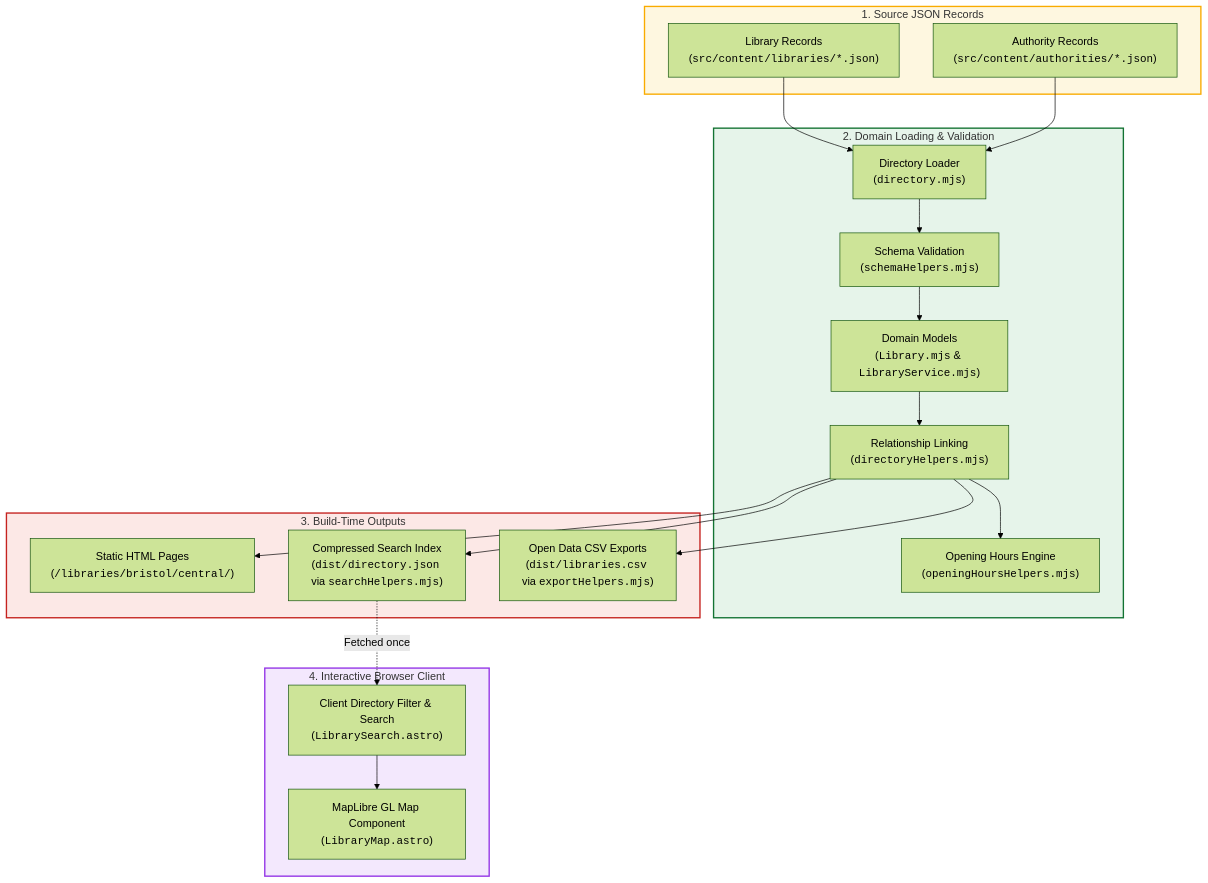
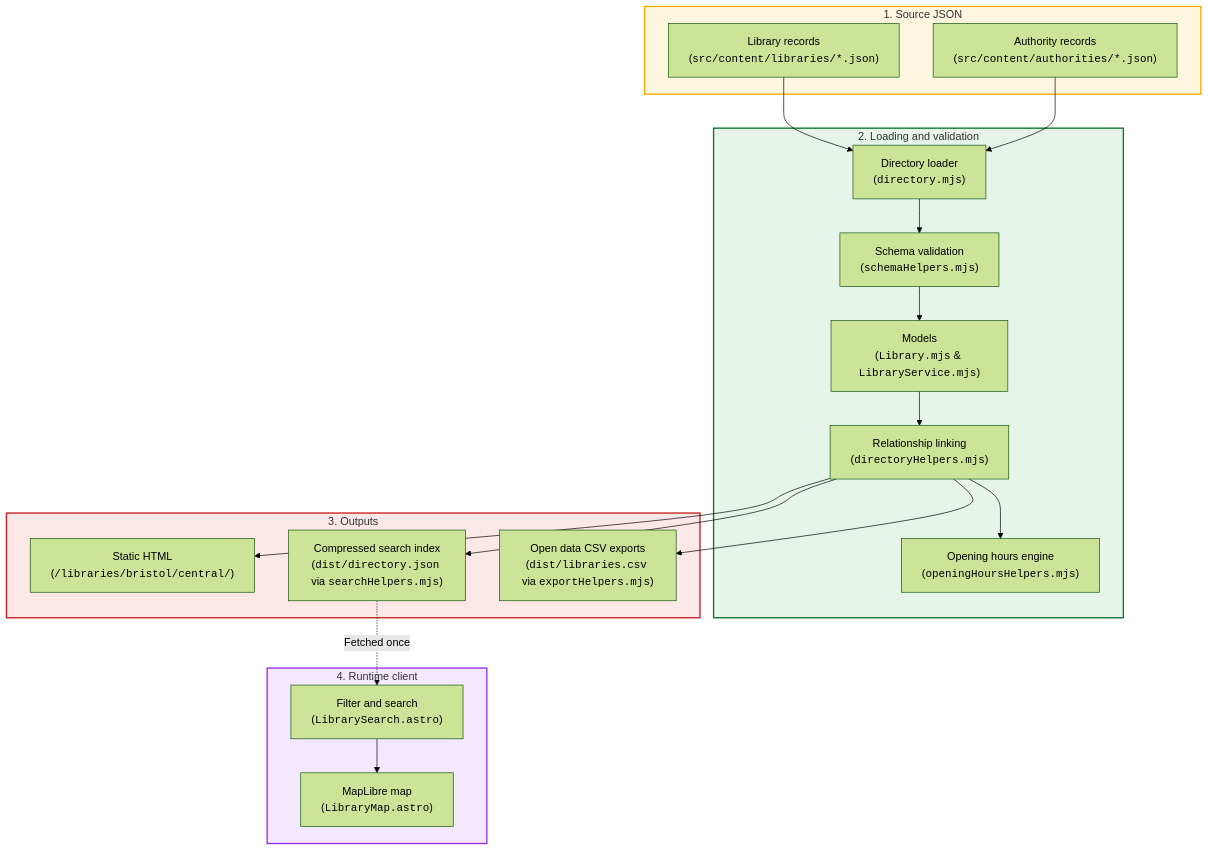
Before and after one commit to LibrariesHacked/libraryon-commons: the second of 2 diagrams in docs/content-pipeline.md, drawn with Mermaid (forest theme). The commit also changed other lines of this file and 14 other files, not shown here.

Commit message:
Markdown changes to both docs and site content pages

````diff
--- a/docs/content-pipeline.md
+++ b/docs/content-pipeline.md
@@ -102,45 +98,45 @@
 ```mermaid
 flowchart TD
-    subgraph DATA ["1. Source JSON Records"]
-        LIBS["Library Records<br/>(<code>src/content/libraries/*.json</code>)"]
-        AUTHS["Authority Records<br/>(<code>src/content/authorities/*.json</code>)"]
+    subgraph DATA ["1. Source JSON"]
+        LIBS["Library records<br/>(<code>src/content/libraries/*.json</code>)"]
+        AUTHS["Authority records<br/>(<code>src/content/authorities/*.json</code>)"]
     end
 
-    subgraph VALIDATE ["2. Domain Loading & Validation"]
-        LOADER["Directory Loader<br/>(<code>directory.mjs</code>)"]
-        SCHEMA["Schema Validation<br/>(<code>schemaHelpers.mjs</code>)"]
-        MODELS["Domain Models<br/>(<code>Library.mjs</code> & <code>LibraryService.mjs</code>)"]
-        GRAPH["Relationship Linking<br/>(<code>directoryHelpers.mjs</code>)"]
-        HOURS["Opening Hours Engine<br/>(<code>openingHoursHelpers.mjs</code>)"]
+    subgraph VALIDATE ["2. Loading and validation"]
+        LOADER["Directory loader<br/>(<code>directory.mjs</code>)"]
+        SCHEMA["Schema validation<br/>(<code>schemaHelpers.mjs</code>)"]
+        MODELS["Models<br/>(<code>Library.mjs</code> & <code>LibraryService.mjs</code>)"]
+        GRAPH["Relationship linking<br/>(<code>directoryHelpers.mjs</code>)"]
+        HOURS["Opening hours engine<br/>(<code>openingHoursHelpers.mjs</code>)"]
 
         LIBS --> LOADER
         AUTHS --> LOADER
         LOADER --> SCHEMA
         SCHEMA --> MODELS
         MODELS --> GRAPH
         GRAPH --> HOURS
     end
 
-    subgraph OUTPUTS ["3. Build-Time Outputs"]
-        PAGES["Static HTML Pages<br/>(<code>/libraries/bristol/central/</code>)"]
-        SEARCH_INDEX["Compressed Search Index<br/>(<code>dist/directory.json</code> via <code>searchHelpers.mjs</code>)"]
-        CSVS["Open Data CSV Exports<br/>(<code>dist/libraries.csv</code> via <code>exportHelpers.mjs</code>)"]
+    subgraph OUTPUTS ["3. Outputs"]
+        PAGES["Static HTML<br/>(<code>/libraries/bristol/central/</code>)"]
+        SEARCH_INDEX["Compressed search index<br/>(<code>dist/directory.json</code> via <code>searchHelpers.mjs</code>)"]
+        CSVS["Open data CSV exports<br/>(<code>dist/libraries.csv</code> via <code>exportHelpers.mjs</code>)"]
 
         GRAPH --> PAGES
         GRAPH --> SEARCH_INDEX
         GRAPH --> CSVS
     end
 
-    subgraph RUNTIME ["4. Interactive Browser Client"]
-        MAP["MapLibre GL Map Component<br/>(<code>LibraryMap.astro</code>)"]
-        FILTER["Client Directory Filter & Search<br/>(<code>LibrarySearch.astro</code>)"]
+    subgraph RUNTIME ["4. Runtime client"]
+        MAP["MapLibre map<br/>(<code>LibraryMap.astro</code>)"]
+        FILTER["Filter and search<br/>(<code>LibrarySearch.astro</code>)"]
 
         SEARCH_INDEX -.->|Fetched once| FILTER
         FILTER --> MAP
     end
 
     style DATA fill:#fef7e0,stroke:#f9ab00,stroke-width:2px
     style VALIDATE fill:#e6f4ea,stroke:#137333,stroke-width:2px
     style OUTPUTS fill:#fce8e6,stroke:#c5221f,stroke-width:2px
     style RUNTIME fill:#f3e8fd,stroke:#9334e6,stroke-width:2px
 ```
````
